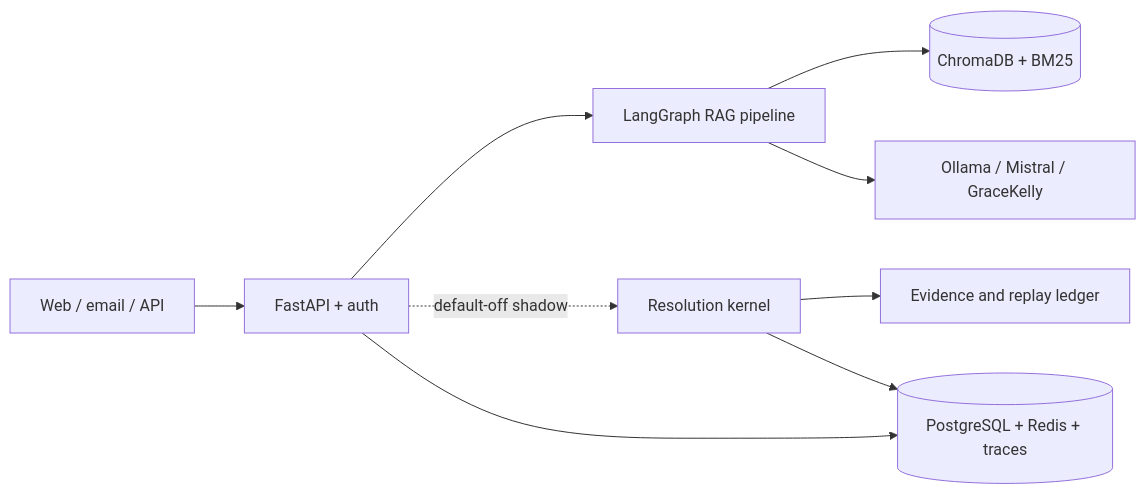
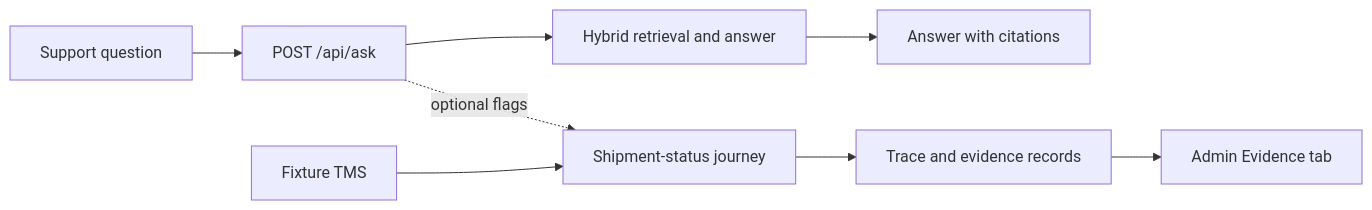
One commit to brownjuly2003-code/RAG_new changed the diagram in README.md. Above: the diagram before and after it, drawn with Mermaid. The commit also changed other lines of this file, not shown here.

````diff
--- a/README.md
+++ b/README.md
@@ -20,11 +36,10 @@
 ```mermaid
 flowchart LR
-    Client[Web / email / API] --> API[FastAPI + auth]
-    API --> RAG[LangGraph RAG pipeline]
-    API -. default-off shadow .-> Kernel[Resolution kernel]
-    RAG --> Vector[(ChromaDB + BM25)]
-    RAG --> LLM[Ollama / Mistral / GraceKelly]
-    API --> Data[(PostgreSQL + Redis + traces)]
-    Kernel --> Evidence[Evidence and replay ledger]
-    Kernel --> Data
+    Question[Support question] --> Ask[POST /api/ask]
+    Ask --> Retrieval[Hybrid retrieval and answer]
+    Retrieval --> Response[Answer with citations]
+    Ask -. optional flags .-> Journey[Shipment-status journey]
+    Fixture[Fixture TMS] --> Journey
+    Journey --> Ledger[Trace and evidence records]
+    Ledger --> Review[Admin Evidence tab]
 ```
````
